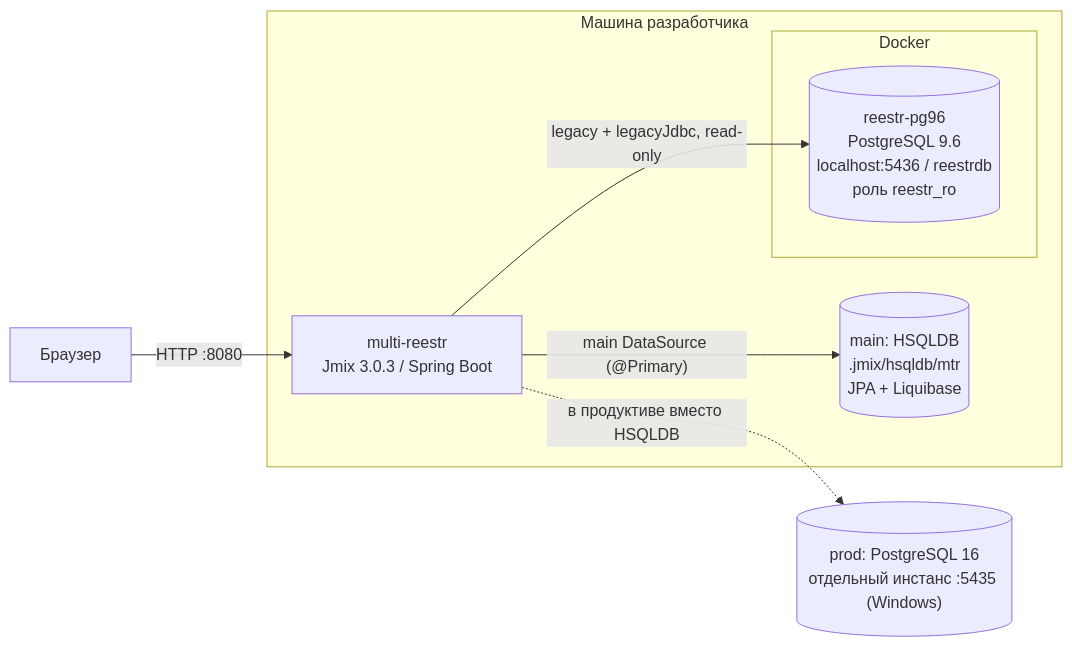
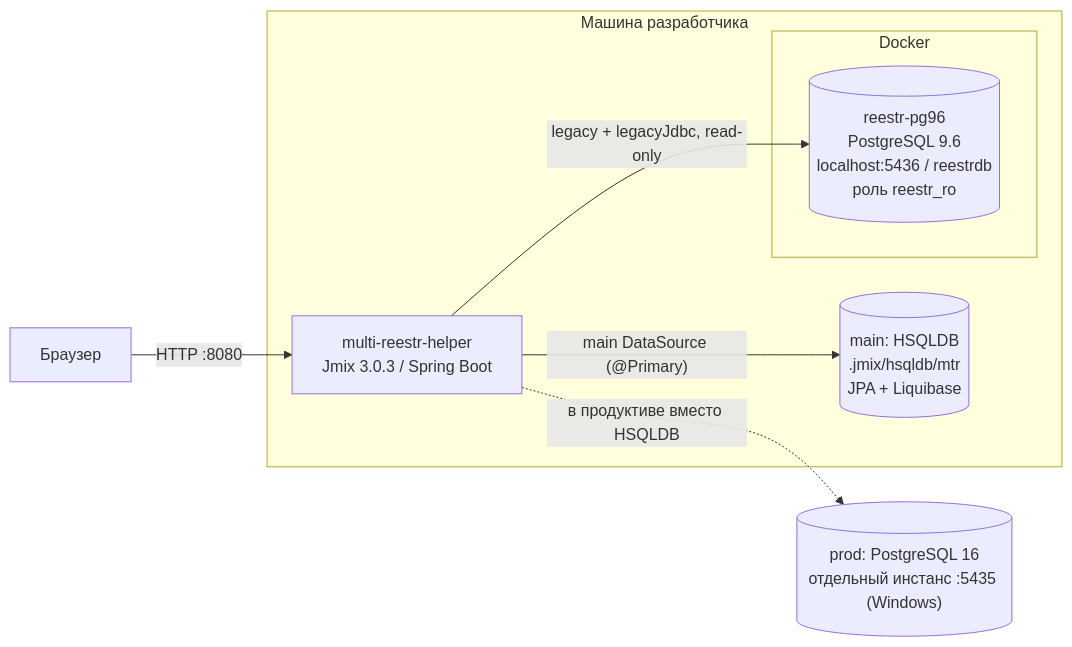
Before and after one commit to stasmakarov/multi-reestr-helper: the diagram in docs/lessons/lesson-01-legacy.md, drawn with Mermaid. The commit also changed other lines of this file and 27 other files, not shown here.

First line of the commit message:
Rename helper app branding to multi-reestr-helper

````diff
--- a/docs/lessons/lesson-01-legacy.md
+++ b/docs/lessons/lesson-01-legacy.md
@@ -54,15 +54,15 @@
 ```mermaid
 flowchart LR
     B["Браузер"] -->|"HTTP :8080"| APP
     subgraph DEV["Машина разработчика"]
-        APP["multi-reestr<br/>Jmix 3.0.3 / Spring Boot"]
+        APP["multi-reestr-helper<br/>Jmix 3.0.3 / Spring Boot"]
         H[("main: HSQLDB<br/>.jmix/hsqldb/mtr<br/>JPA + Liquibase")]
         subgraph DOCKER["Docker"]
             L[("reestr-pg96<br/>PostgreSQL 9.6<br/>localhost:5436 / reestrdb<br/>роль reestr_ro")]
         end
     end
     P[("prod: PostgreSQL 16<br/>отдельный инстанс :5435 (Windows)")]
     APP -->|"main DataSource (@Primary)"| H
     APP -->|"legacy + legacyJdbc, read-only"| L
     APP -.->|"в продуктиве вместо HSQLDB"| P
 ```
````
